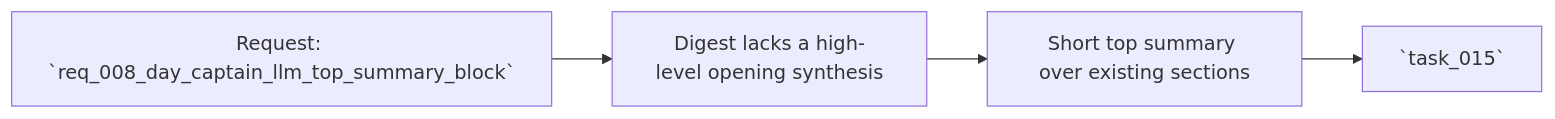
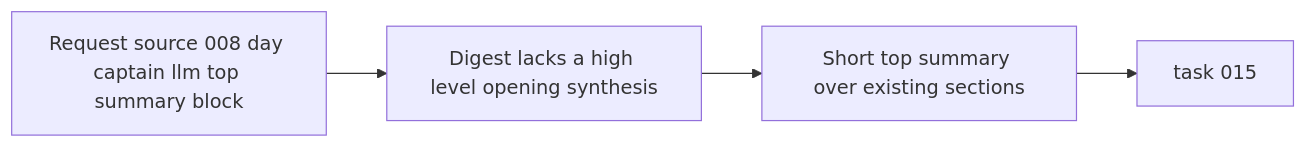
One commit to AlexAgo83/day-captain changed the diagram in logics/backlog/item_008_day_captain_llm_top_summary_block.md. Above: the diagram before and after it, drawn with Mermaid. The commit also changed 40 other files, not shown here.

Commit message:
Normalize Logics Mermaid diagrams

````diff
--- a/logics/backlog/item_008_day_captain_llm_top_summary_block.md
+++ b/logics/backlog/item_008_day_captain_llm_top_summary_block.md
@@ -29,6 +29,6 @@
 ```mermaid
 flowchart LR
-    Req[Request: `req_008_day_captain_llm_top_summary_block`] --> Problem[Digest lacks a high-level opening synthesis]
+    Req[Request source 008 day captain llm top summary block] --> Problem[Digest lacks a high level opening synthesis]
     Problem --> Scope[Short top summary over existing sections]
-    Scope --> Tasks[`task_015`]
+    Scope --> Tasks[task 015]
 ```
````
